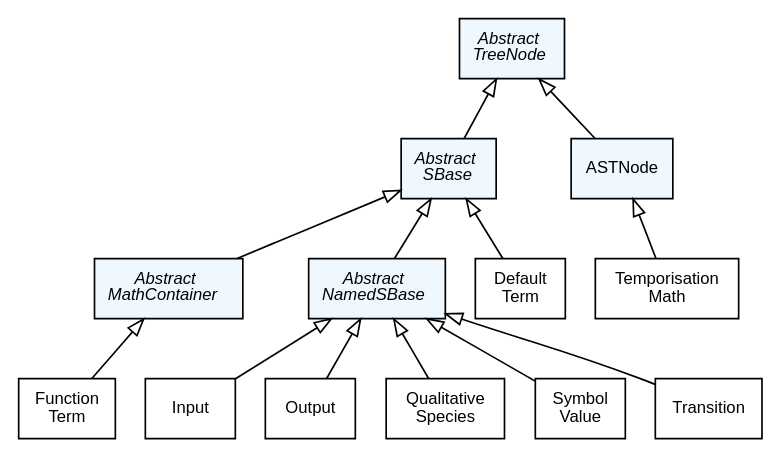
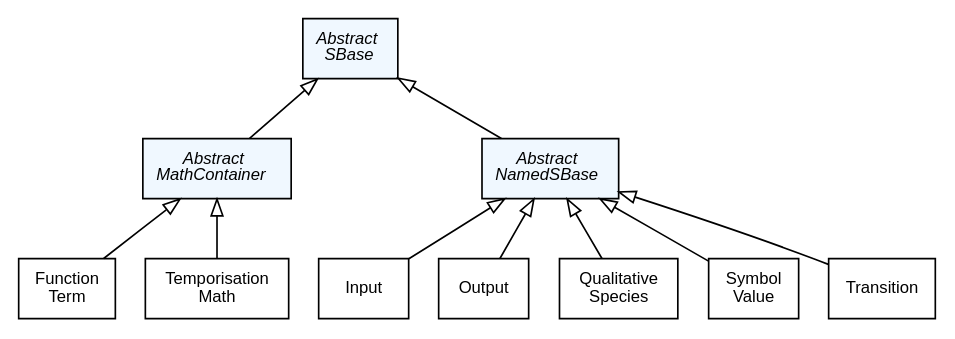
Before and after one commit to sbmlteam/jsbml: the diagram in extensions/qual/doc/img/type_hierarchy.dot, drawn with Graphviz. The commit also changed 8 other files, not shown here.

```diff
--- a/extensions/qual/doc/img/type_hierarchy.dot
+++ b/extensions/qual/doc/img/type_hierarchy.dot
@@ -1,67 +1,59 @@
 #!/usr/local/bin/dot
 #
 # dot -Tpdf type_hierarchy.dot -otype_hierarchy.pdf && acroread type_hierarchy.pdf &
 # dot -Tpng type_hierarchy.dot -otype_hierarchy.png
 #
 # $Id$
 # $URL$
 # $Rev$
 
 strict digraph G{
 
 	nodesep=0.25;
 	ranksep=0.5;
 
 	edge [
 	  fontname="Helvetica",
 	  fontsize=10,
 	  labelfontname="Helvetica",
 	  labelfontsize=10
 	];
 	node [
 	  fontname="Helvetica",
 	  fontsize=10,
 	  shape=box
 	];
   /*
    * Abstract data types
    */
   AbstractMathContainer                      [label=<<font><I>Abstract<br/>MathContainer</I></font>>, style="filled", fillcolor="#F0F8FF"];
   AbstractNamedSBase                         [label=<<font><I>Abstract<br/>NamedSBase</I></font>>, style="filled", fillcolor="#F0F8FF"];
   AbstractSBase                              [label=<<font><I>Abstract<br/>SBase</I></font>>, style="filled", fillcolor="#F0F8FF"];
-  AbstractTreeNode                           [label=<<font><I>Abstract<br/>TreeNode</I></font>>, style="filled", fillcolor="#F0F8FF"];
-
-
+  
   /*
    * Objects
    */
-  ASTNode                                    [label="ASTNode", style="filled", fillcolor="#F0F8FF"];
-  DefaultTerm                                [label="Default\nTerm"];
   FunctionTerm                               [label="Function\nTerm"];
   Input                                      [label="Input"];
   Output                                     [label="Output"];
   QualitativeSpecies                         [label="Qualitative\nSpecies"];
   SymbolValue                                [label="Symbol\nValue"];
   TemporisationMath                          [label="Temporisation\nMath"];
   Transition                                 [label="Transition"];
 
   /*
    * inheritance graph
    */
   AbstractMathContainer -> FunctionTerm      [dir=back,arrowtail=empty];
 
   AbstractNamedSBase -> QualitativeSpecies   [dir=back,arrowtail=empty];
   AbstractNamedSBase -> Transition           [dir=back,arrowtail=empty];
   AbstractNamedSBase -> Input                [dir=back,arrowtail=empty];
   AbstractNamedSBase -> Output               [dir=back,arrowtail=empty];
   AbstractNamedSBase -> SymbolValue          [dir=back,arrowtail=empty];
 
   AbstractSBase -> AbstractNamedSBase        [dir=back,arrowtail=empty];
-  AbstractSBase -> DefaultTerm               [dir=back,arrowtail=empty];
   AbstractSBase -> AbstractMathContainer     [dir=back,arrowtail=empty];
 
-  AbstractTreeNode -> AbstractSBase          [dir=back,arrowtail=empty]; 
-  AbstractTreeNode -> ASTNode                [dir=back,arrowtail=empty]; 
-
-  ASTNode -> TemporisationMath               [dir=back,arrowtail=empty]
+  AbstractMathContainer -> TemporisationMath [dir=back,arrowtail=empty]
 }
```
